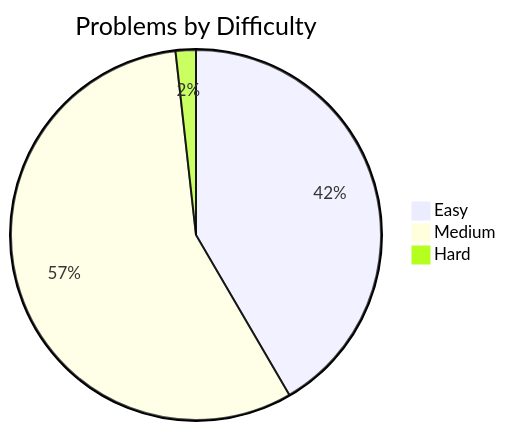
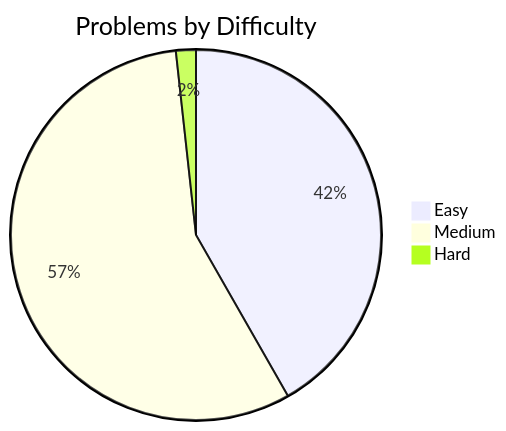
The first of 2 diagrams in readme.md (Jasjeet-Singh-S/100-days-DSA), drawn with Mermaid before and after one commit. The commit also changed other lines of this file and 2 other files, not shown here.

````diff
--- a/readme.md
+++ b/readme.md
@@ -19,6 +19,6 @@
 ```mermaid
 pie title Problems by Difficulty
-    "Easy" : 47
-    "Medium" : 64
+    "Easy" : 48
+    "Medium" : 65
     "Hard" : 2
 ```
````
